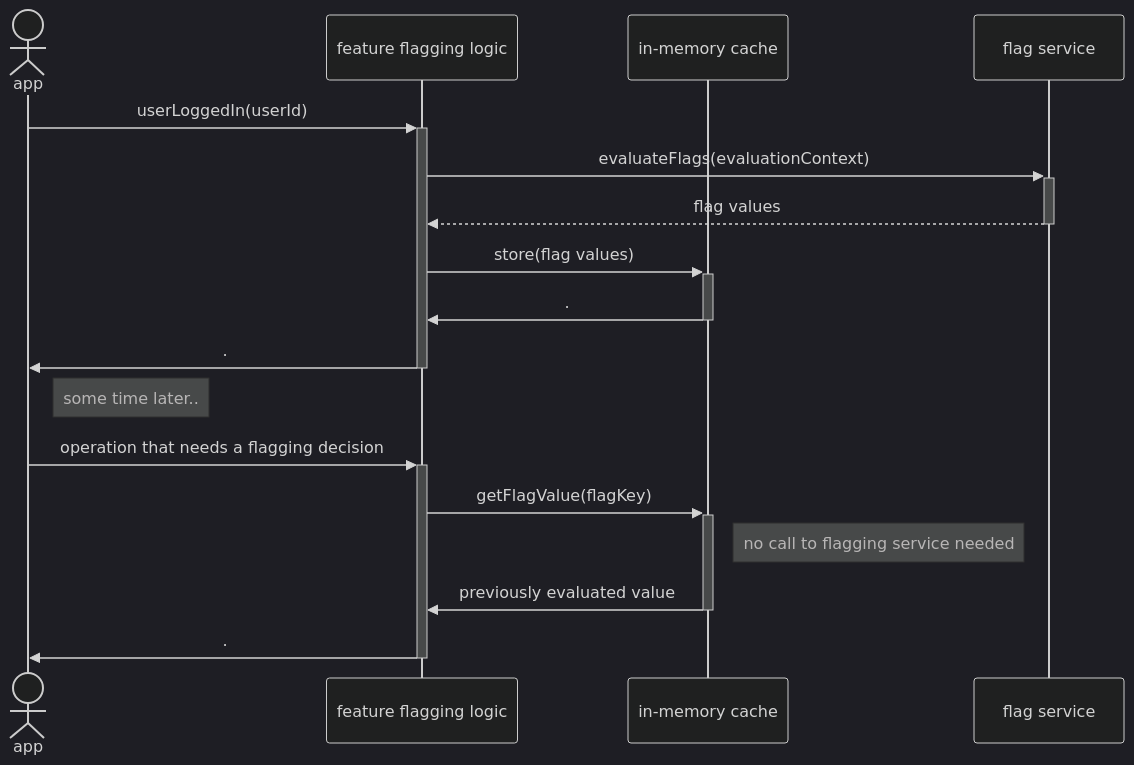
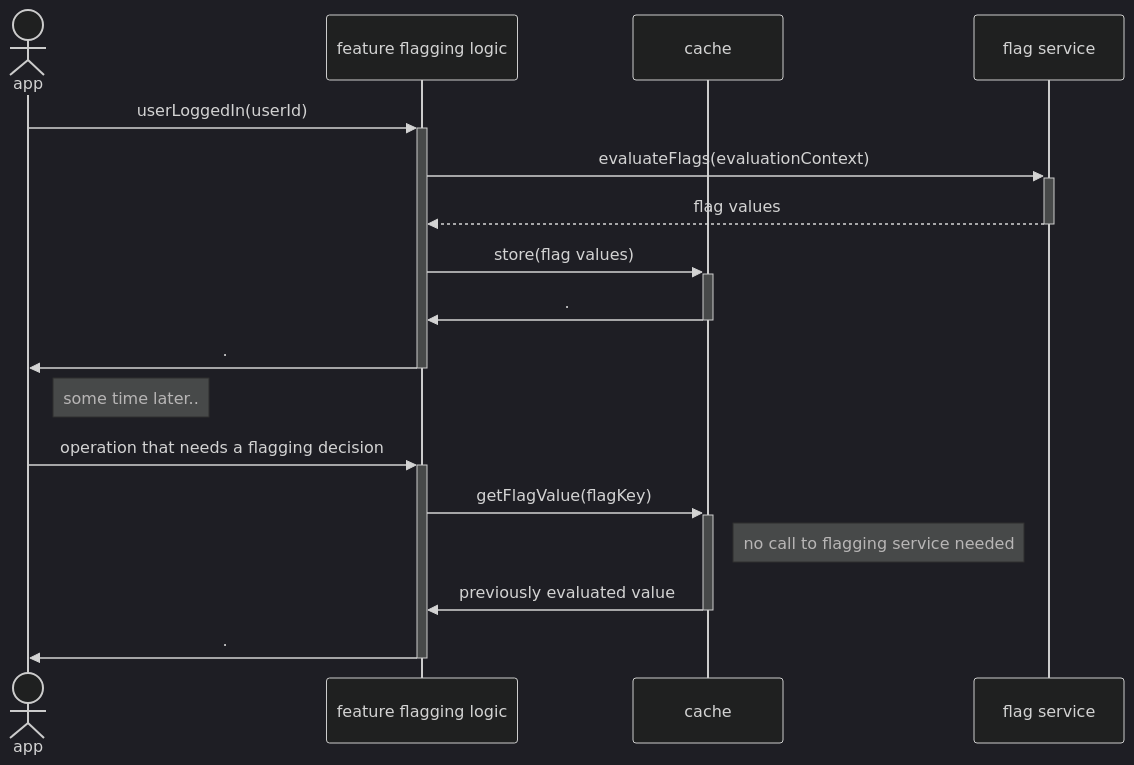
One commit to open-feature/docs.openfeature.dev changed the second of 3 diagrams in blog/06-02-2023-catering-to-the-client-side.md. Above: the diagram before and after it, drawn with Mermaid (dark theme). The commit also changed other lines of this file, not shown here.

Commit message:
add local eval diagram

````diff
--- a/blog/06-02-2023-catering-to-the-client-side.md
+++ b/blog/06-02-2023-catering-to-the-client-side.md
@@ -47,21 +69,21 @@
 ```mermaid
 sequenceDiagram
   actor app
   participant client as feature flagging logic
-  participant cache as in-memory cache
+  participant cache
   participant provider as flag service
   app->>+client: userLoggedIn(userId)
   client->>+provider: evaluateFlags(evaluationContext)
   provider-->>-client: flag values
   client->>+cache: store(flag values)
   cache->>-client: .
   %% deactivate cache
   client->>-app: .
   %% deactivate client
   note right of app: some time later..
   app->>+client: operation that needs a flagging decision
   client->>+cache: getFlagValue(flagKey)
   note right of cache: no call to flagging service needed
   cache->>-client: previously evaluated value
   client->>-app: .
 ```
````
